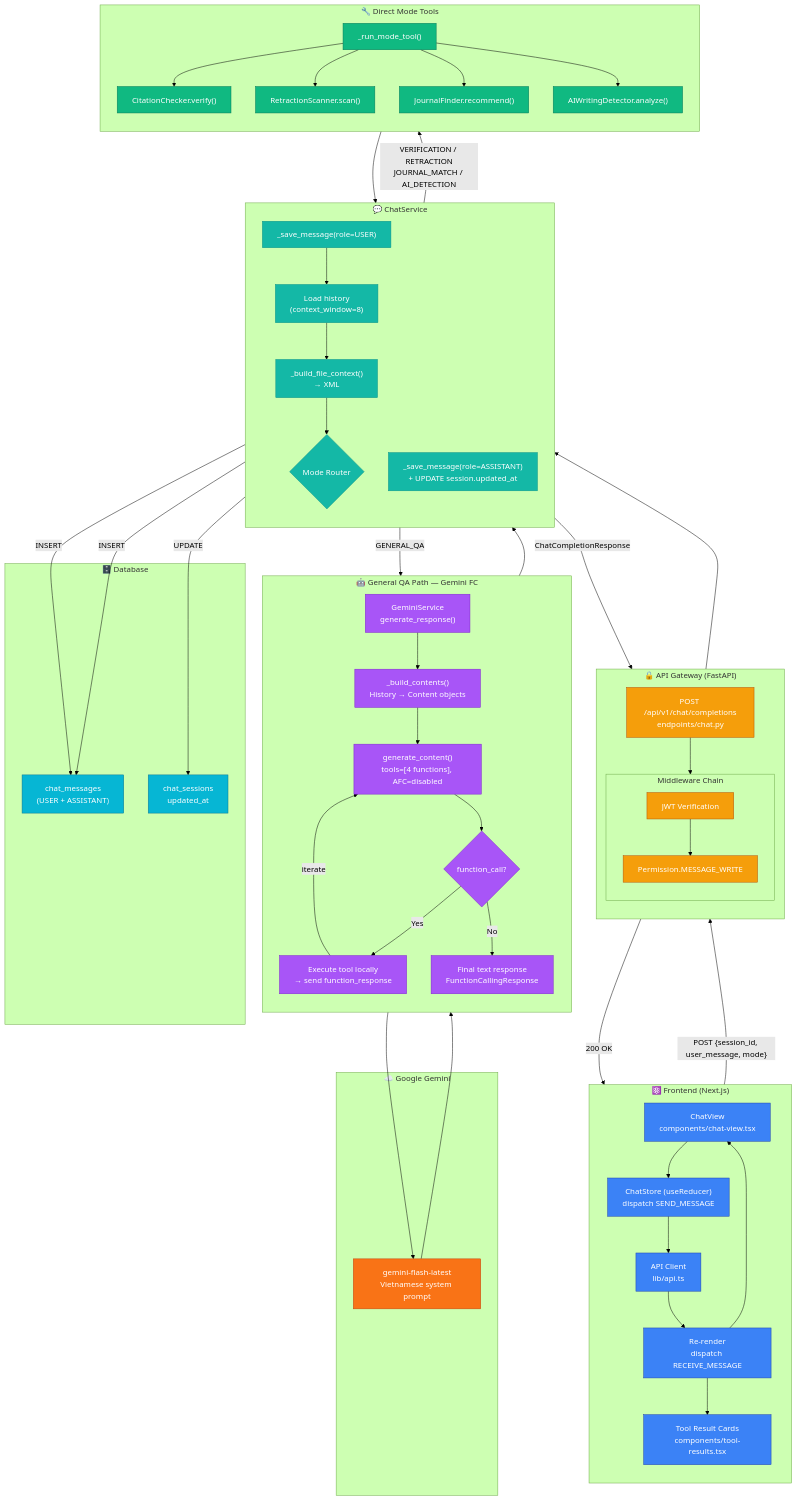
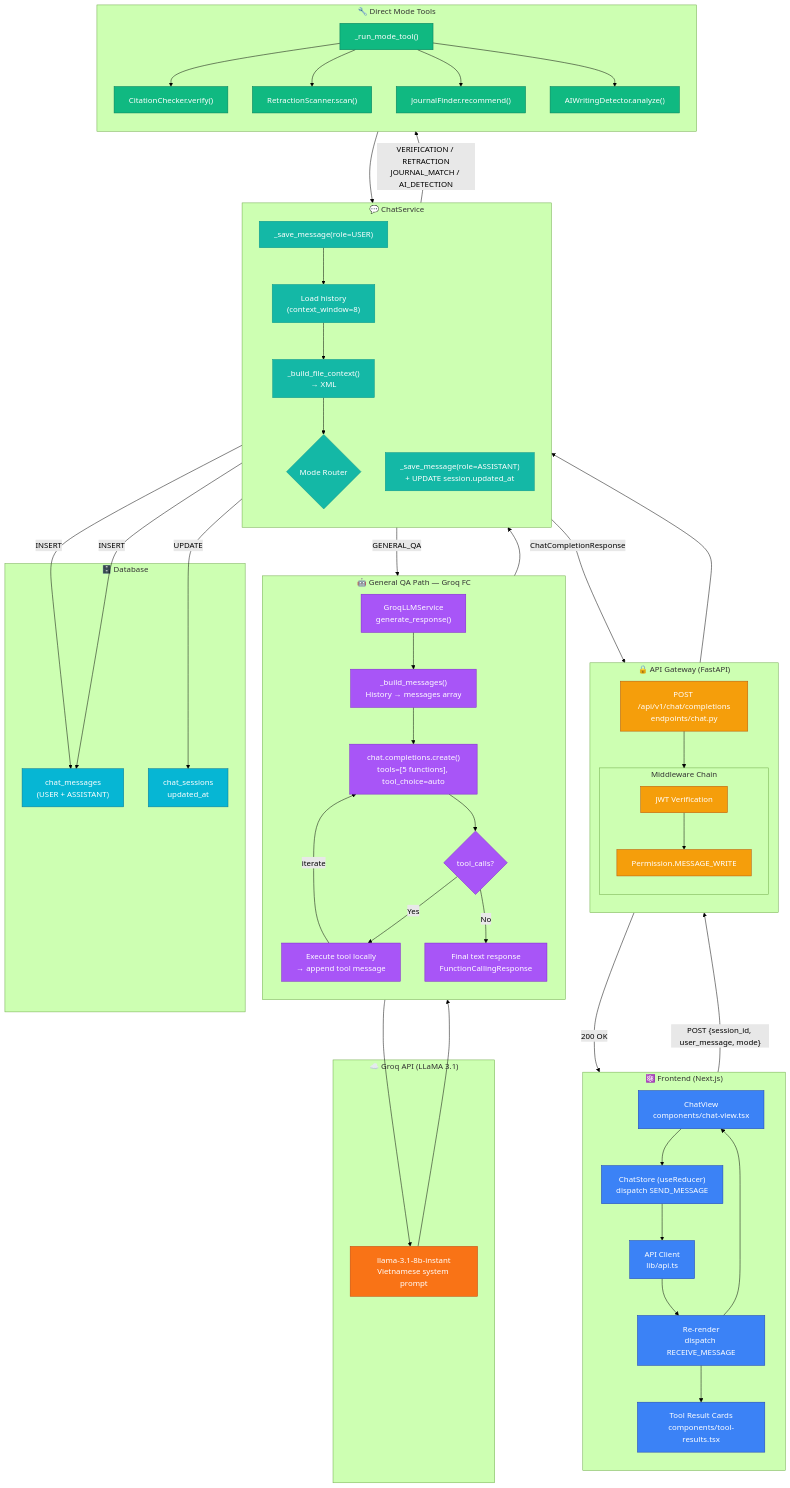
Before and after one commit to Nhan-Laptop/NT208.Q21.ANTN: diagram 13 of 29 in architecture.md, drawn with Mermaid (forest theme). The commit also changed other lines of this file and 16 other files, not shown here.

First line of the commit message:
docs: update architecture, README, CLAUDE.md — Groq + ChromaDB migration (Session 17)

```diff
--- a/architecture.md
+++ b/architecture.md
@@ -1119,16 +1129,16 @@
         FileCtx --> ModeRoute
     end
 
-    subgraph GENERAL_QA["🤖 General QA Path — Gemini FC"]
+    subgraph GENERAL_QA["🤖 General QA Path — Groq FC"]
         direction TB
-        GeminiSvc["GeminiService<br/>generate_response()"]
-        BuildContent["_build_contents()<br/>History → Content objects"]
-        GenContent["generate_content()<br/>tools=[4 functions], AFC=disabled"]
-        FCCheck{"function_call?"}
-        ExecTool["Execute tool locally<br/>→ send function_response"]
+        GroqSvc["GroqLLMService<br/>generate_response()"]
+        BuildContent["_build_messages()<br/>History → messages array"]
+        GenContent["chat.completions.create()<br/>tools=[5 functions], tool_choice=auto"]
+        FCCheck{"tool_calls?"}
+        ExecTool["Execute tool locally<br/>→ append tool message"]
         FinalText["Final text response<br/>FunctionCallingResponse"]
 
-        GeminiSvc --> BuildContent
+        GroqSvc --> BuildContent
         BuildContent --> GenContent
         GenContent --> FCCheck
         FCCheck -->|"Yes"| ExecTool
@@ -1150,8 +1160,8 @@
         RunTool --> T_AI
     end
 
-    subgraph GEMINI_API["☁️ Google Gemini"]
-        GModel["gemini-flash-latest<br/>Vietnamese system prompt"]
+    subgraph GROQ_API["☁️ Groq API (LLaMA 3.1)"]
+        GModel["llama-3.1-8b-instant<br/>Vietnamese system prompt"]
     end
 
     subgraph DATABASE["🗄️ Database"]
@@ -1165,7 +1175,7 @@
     RBAC --> SaveUser
     SaveUser -->|"INSERT"| MsgTable
 
-    ModeRoute -->|"GENERAL_QA"| GeminiSvc
+    ModeRoute -->|"GENERAL_QA"| GroqSvc
     ModeRoute -->|"VERIFICATION / RETRACTION<br/>JOURNAL_MATCH / AI_DETECTION"| RunTool
 
     GenContent --> GModel
@@ -1192,7 +1202,7 @@
     class ChatView,Store,APIClient,Render,ToolCards frontend
     class ChatEP,JWT,RBAC api
     class SaveUser,LoadCtx,FileCtx,ModeRoute,SaveAssist chatsvc
-    class GeminiSvc,BuildContent,GenContent,FCCheck,ExecTool,FinalText llm
+    class GroqSvc,BuildContent,GenContent,FCCheck,ExecTool,FinalText llm
     class RunTool,T_Cite,T_Retract,T_Journal,T_AI tools
     class GModel cloud
     class MsgTable,SessionTable db
```
